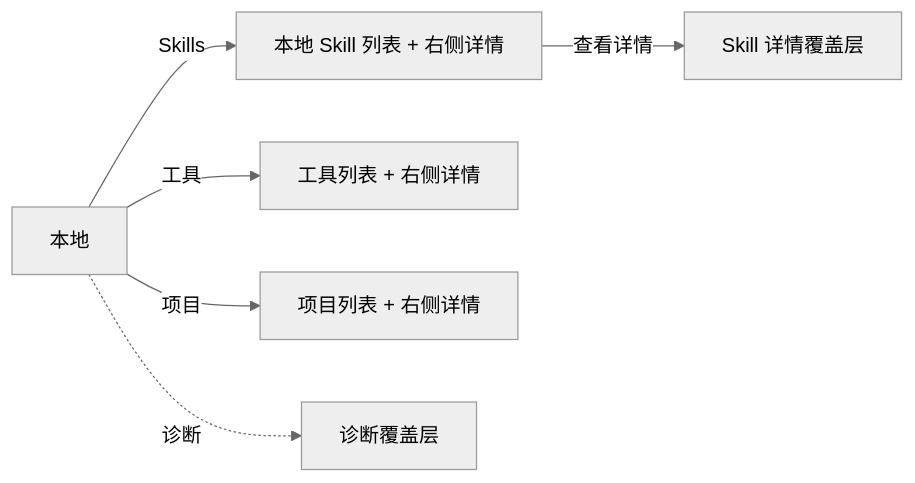
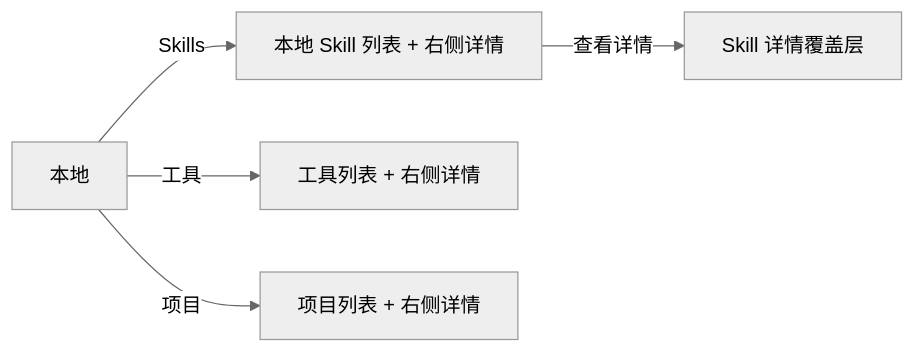
Before and after one commit to HaibinZhang1/EnterpriseAgentHub: the fourth of 4 diagrams in docs/RequirementDocument/06_page_architecture.md, drawn with Mermaid (neutral theme). The commit also changed other lines of this file and 133 other files, not shown here.

````diff
--- a/docs/RequirementDocument/06_page_architecture.md
+++ b/docs/RequirementDocument/06_page_architecture.md
@@ -143,9 +145,8 @@
 ```mermaid
 flowchart LR
     LOCAL["本地"]
     LOCAL -->|"Skills"| SKILLS["本地 Skill 列表 + 右侧详情"]
     LOCAL -->|"工具"| TOOLS["工具列表 + 右侧详情"]
     LOCAL -->|"项目"| PROJECTS["项目列表 + 右侧详情"]
-    LOCAL -.->|"诊断"| DIAG["诊断覆盖层"]
     SKILLS -->|"查看详情"| DETAIL["Skill 详情覆盖层"]
 ```
````
